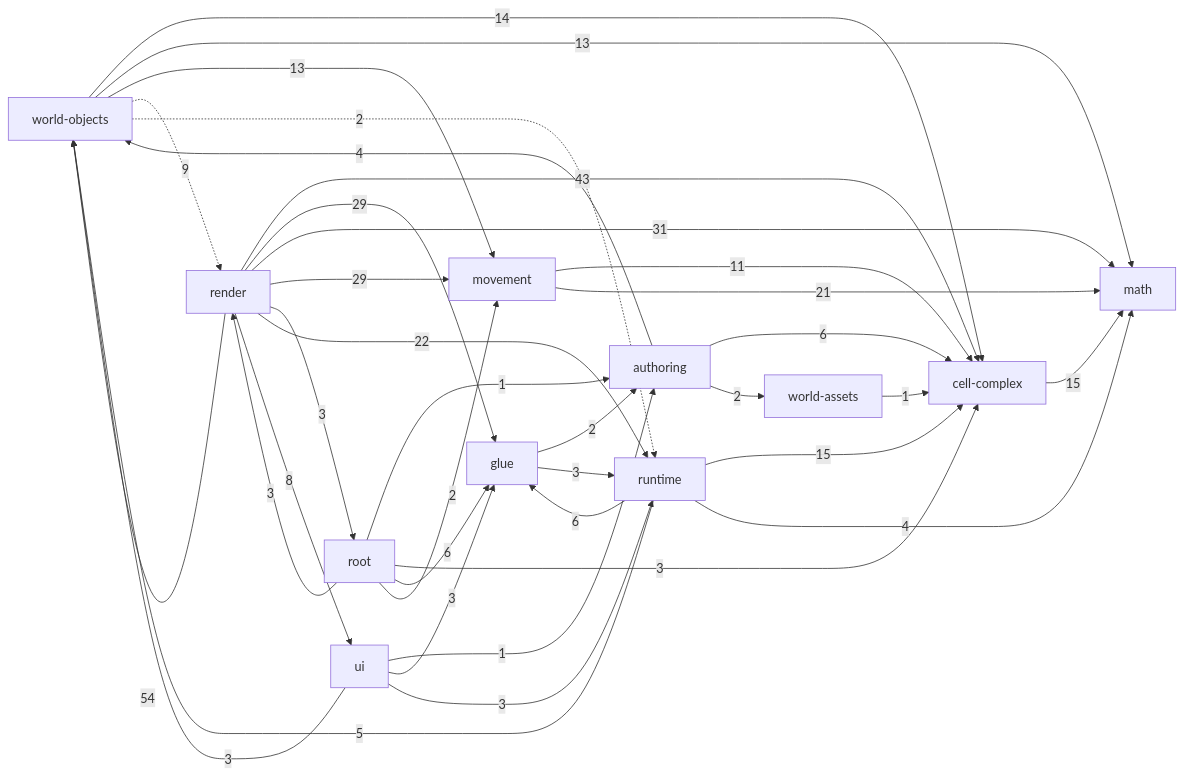
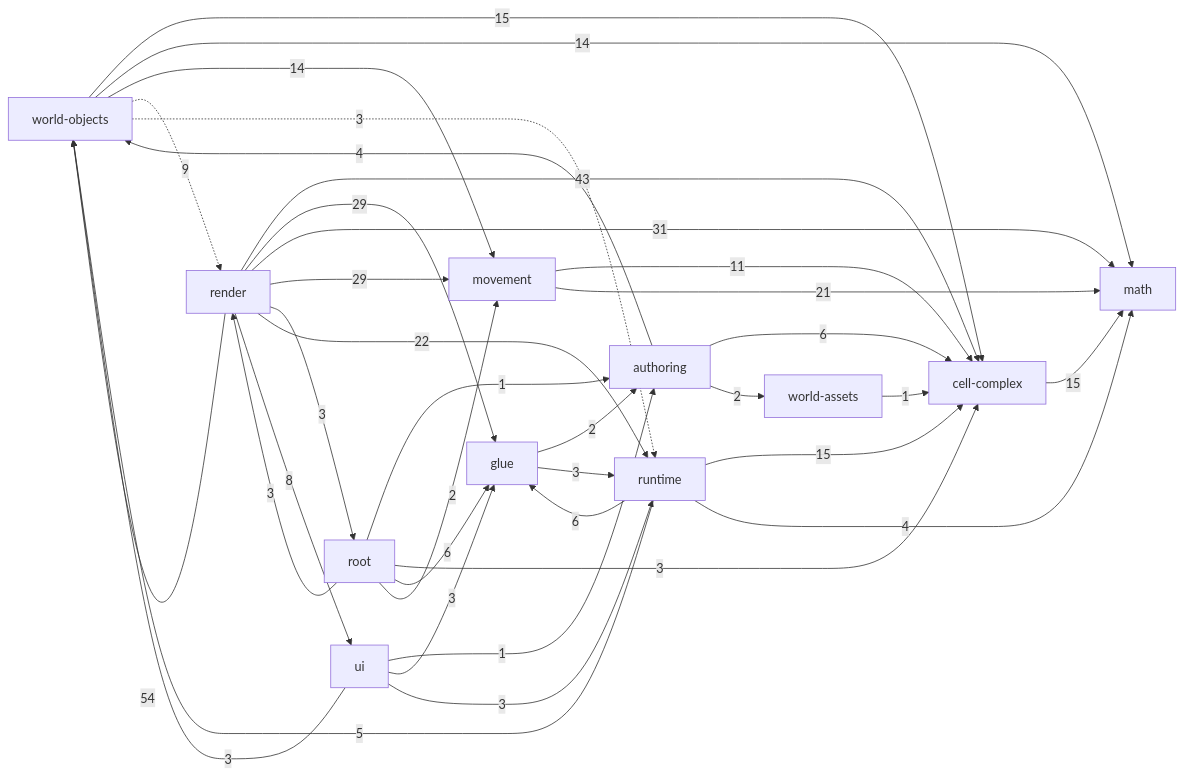
The diagram in _docs/generated/ARCHITECTURE_REFERENCE.md (guraltsev/noneuclid-fpv), drawn with Mermaid before and after one commit. The commit also changed other lines of this file and 6 other files, not shown here.

````diff
--- a/_docs/generated/ARCHITECTURE_REFERENCE.md
+++ b/_docs/generated/ARCHITECTURE_REFERENCE.md
@@ -32,49 +32,49 @@
 ```mermaid
 flowchart LR
   math["math"]
   cell_complex["cell-complex"]
   movement["movement"]
   world_assets["world-assets"]
   world_objects["world-objects"]
   authoring["authoring"]
   runtime["runtime"]
   ui["ui"]
   glue["glue"]
   render["render"]
   root["root"]
   authoring -->|6| cell_complex
   authoring -->|2| world_assets
   authoring -->|4| world_objects
   cell_complex -->|15| math
   glue -->|2| authoring
   glue -->|3| runtime
   movement -->|11| cell_complex
   movement -->|21| math
   render -->|43| cell_complex
   render -->|29| glue
   render -->|31| math
   render -->|29| movement
   render -->|3| root
   render -->|22| runtime
   render -->|8| ui
   render -->|54| world_objects
   root -->|1| authoring
   root -->|3| cell_complex
   root -->|6| glue
   root -->|2| movement
   root -->|3| render
   runtime -->|15| cell_complex
   runtime -->|6| glue
   runtime -->|4| math
   runtime -->|5| world_objects
   ui -->|1| authoring
   ui -->|3| glue
   ui -->|3| runtime
   ui -->|3| world_objects
   world_assets -->|1| cell_complex
-  world_objects -->|14| cell_complex
-  world_objects -->|13| math
-  world_objects -->|13| movement
+  world_objects -->|15| cell_complex
+  world_objects -->|14| math
+  world_objects -->|14| movement
   world_objects -.->|9| render
-  world_objects -.->|2| runtime
+  world_objects -.->|3| runtime
 ```
````
